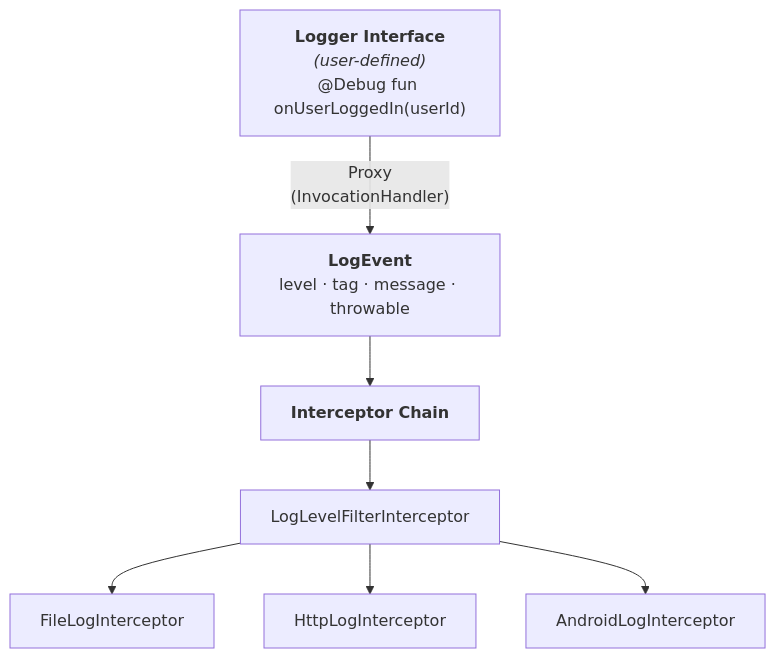
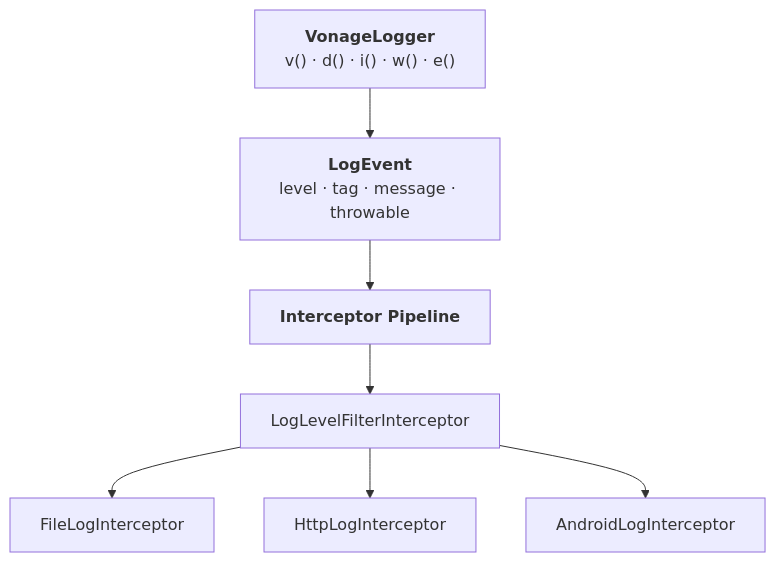
Before and after one commit to Vonage/vonage-video-android-app: the diagram in vonage-android-logger/README.md, drawn with Mermaid. The commit also changed other lines of this file and 16 other files, not shown here.

````diff
--- a/vonage-android-logger/README.md
+++ b/vonage-android-logger/README.md
@@ -7,17 +7,17 @@
 ```mermaid
 flowchart TD
-    A["<b>Logger Interface</b><br/><i>(user-defined)</i><br/>@Debug fun onUserLoggedIn(userId)"]
+    A["<b>VonageLogger</b><br/>v() · d() · i() · w() · e()"]
     B["<b>LogEvent</b><br/>level · tag · message · throwable"]
-    C["<b>Interceptor Chain</b>"]
+    C["<b>Interceptor Pipeline</b>"]
     D["LogLevelFilterInterceptor"]
     E["FileLogInterceptor"]
     F["HttpLogInterceptor"]
     G["AndroidLogInterceptor"]
 
-    A -- "Proxy<br/>(InvocationHandler)" --> B
+    A --> B
     B --> C
     C --> D
     D --> E
     D --> F
     D --> G
 ```
````
